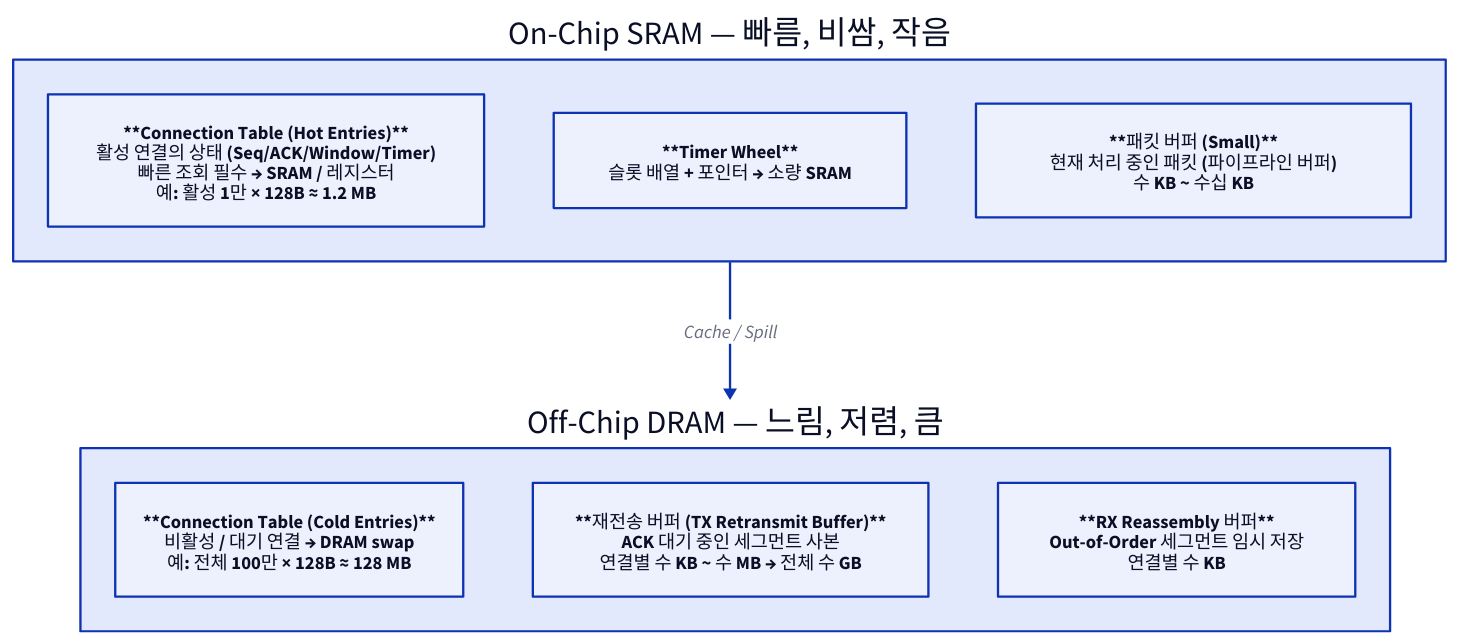
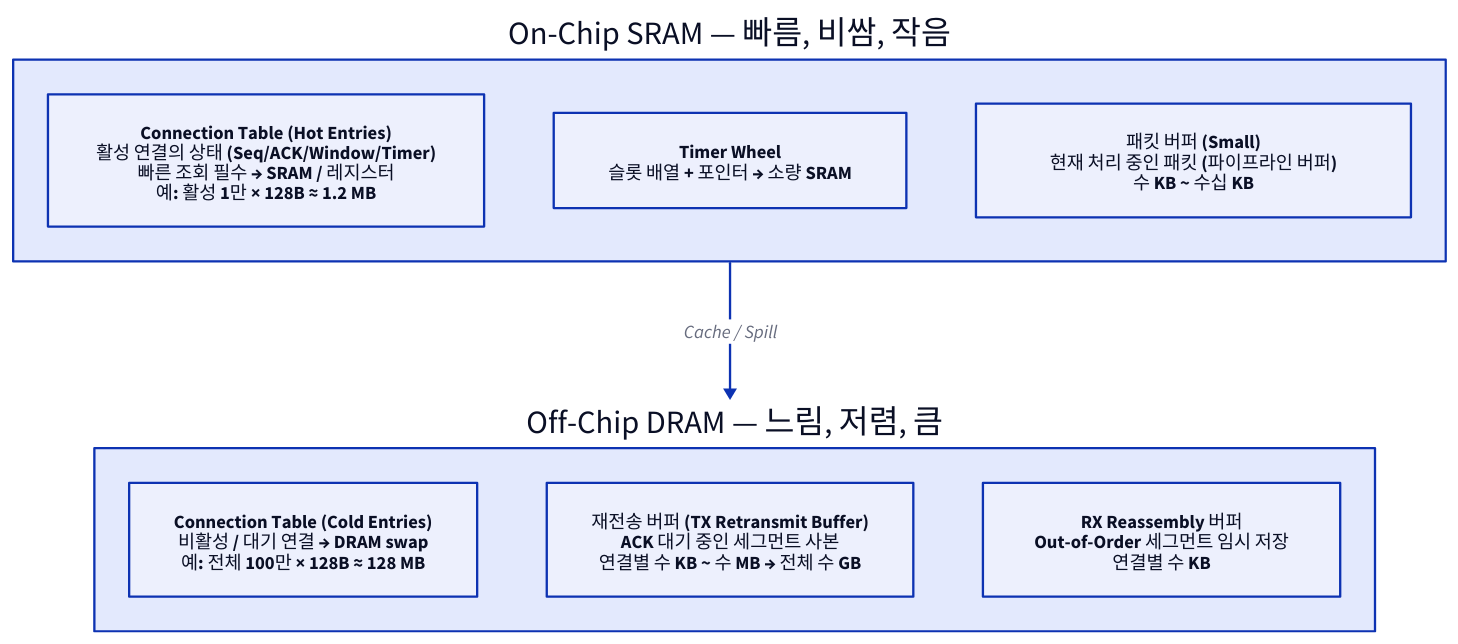
The seventh of 9 diagrams in starlight_site/src/content/docs/toe/02_toe_architecture.md (humbleowl39/DV_SKOOL), drawn with D2 before and after one commit. The commit also changed other lines of this file and 714 other files, not shown here.

First line of the commit message:
fix(site): d2 다이어그램 가독성 결함 6종 일괄 수정

````diff
--- a/starlight_site/src/content/docs/toe/02_toe_architecture.md
+++ b/starlight_site/src/content/docs/toe/02_toe_architecture.md
@@ -370,17 +370,17 @@
 ```d2
 direction: down
 
 SRAM: "On-Chip SRAM — 빠름, 비쌈, 작음" {
   direction: down
-  SR1: "**Connection Table (Hot Entries)**\n활성 연결의 상태 (Seq/ACK/Window/Timer)\n빠른 조회 필수 → SRAM / 레지스터\n예: 활성 1만 × 128B ≈ 1.2 MB"
-  SR2: "**Timer Wheel**\n슬롯 배열 + 포인터 → 소량 SRAM"
-  SR3: "**패킷 버퍼 (Small)**\n현재 처리 중인 패킷 (파이프라인 버퍼)\n수 KB ~ 수십 KB"
+  SR1: "Connection Table (Hot Entries)\n활성 연결의 상태 (Seq/ACK/Window/Timer)\n빠른 조회 필수 → SRAM / 레지스터\n예: 활성 1만 × 128B ≈ 1.2 MB"
+  SR2: "Timer Wheel\n슬롯 배열 + 포인터 → 소량 SRAM"
+  SR3: "패킷 버퍼 (Small)\n현재 처리 중인 패킷 (파이프라인 버퍼)\n수 KB ~ 수십 KB"
 }
 DRAM: "Off-Chip DRAM — 느림, 저렴, 큼" {
   direction: down
-  DR1: "**Connection Table (Cold Entries)**\n비활성 / 대기 연결 → DRAM swap\n예: 전체 100만 × 128B ≈ 128 MB"
-  DR2: "**재전송 버퍼 (TX Retransmit Buffer)**\nACK 대기 중인 세그먼트 사본\n연결별 수 KB ~ 수 MB → 전체 수 GB"
-  DR3: "**RX Reassembly 버퍼**\nOut-of-Order 세그먼트 임시 저장\n연결별 수 KB"
+  DR1: "Connection Table (Cold Entries)\n비활성 / 대기 연결 → DRAM swap\n예: 전체 100만 × 128B ≈ 128 MB"
+  DR2: "재전송 버퍼 (TX Retransmit Buffer)\nACK 대기 중인 세그먼트 사본\n연결별 수 KB ~ 수 MB → 전체 수 GB"
+  DR3: "RX Reassembly 버퍼\nOut-of-Order 세그먼트 임시 저장\n연결별 수 KB"
 }
 SRAM -> DRAM: "Cache / Spill"
 ```
````
